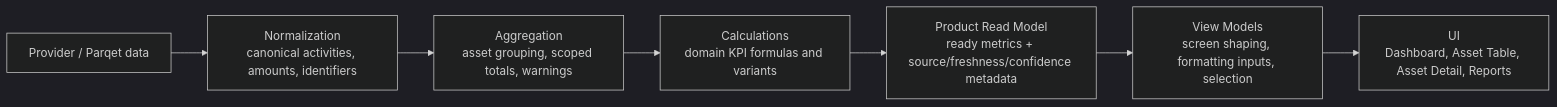
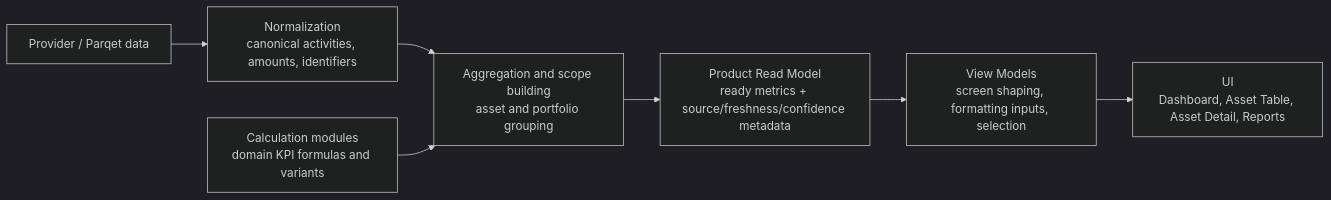
One commit to AdrianR98/parqet-app changed the diagram in docs/PRM_FIELD_LINEAGE.md. Above: the diagram before and after it, drawn with Mermaid (dark theme). The commit also changed other lines of this file and 1 other file, not shown here.

Commit message:
docs: clarify KPI and PRM lineage wording

````diff
--- a/docs/PRM_FIELD_LINEAGE.md
+++ b/docs/PRM_FIELD_LINEAGE.md
@@ -16,9 +16,9 @@
 ```mermaid
 flowchart LR
     A["Provider / Parqet data"] --> B["Normalization\ncanonical activities, amounts, identifiers"]
-    B --> C["Aggregation\nasset grouping, scoped totals, warnings"]
-    C --> D["Calculations\ndomain KPI formulas and variants"]
-    D --> E["Product Read Model\nready metrics + source/freshness/confidence metadata"]
+    B --> C["Aggregation and scope building\nasset and portfolio grouping"]
+    D["Calculation modules\ndomain KPI formulas and variants"] --> C
+    C --> E["Product Read Model\nready metrics + source/freshness/confidence metadata"]
     E --> F["View Models\nscreen shaping, formatting inputs, selection"]
     F --> G["UI\nDashboard, Asset Table, Asset Detail, Reports"]
 ```
````
